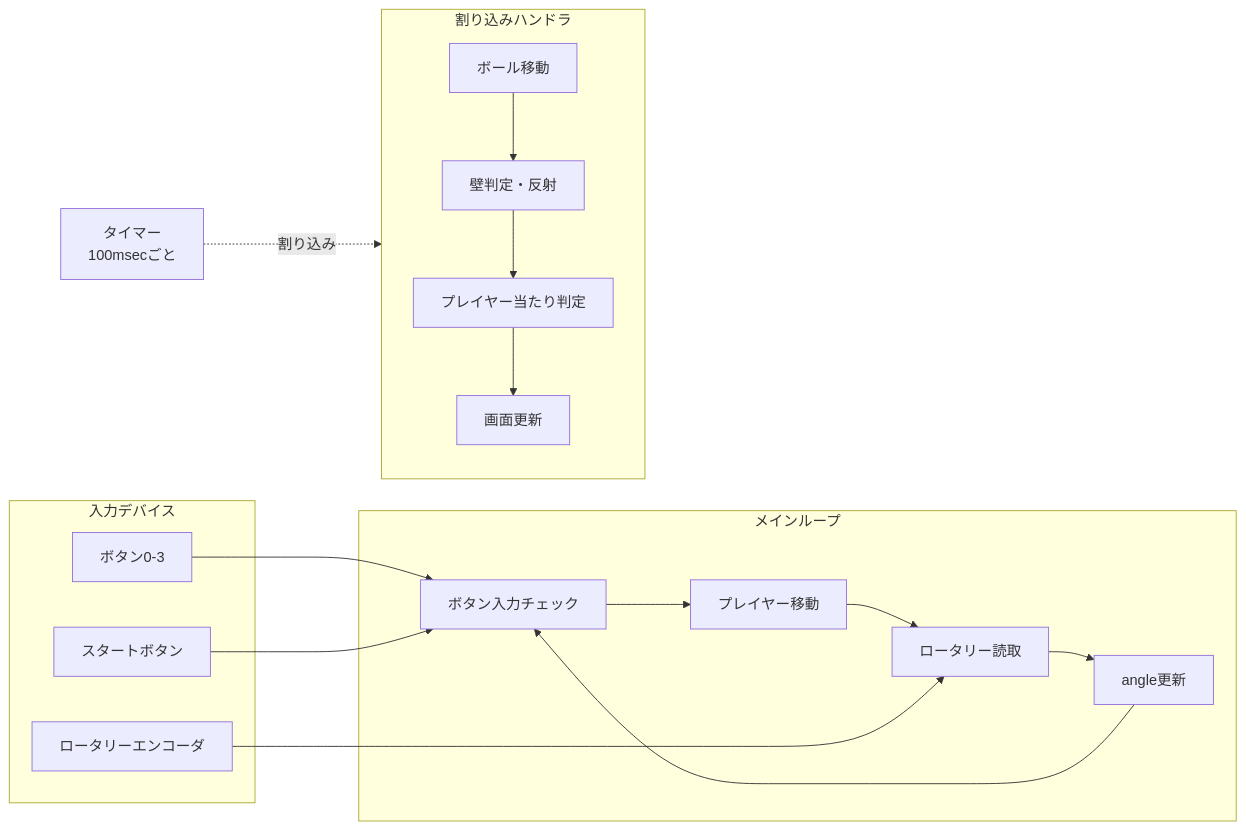
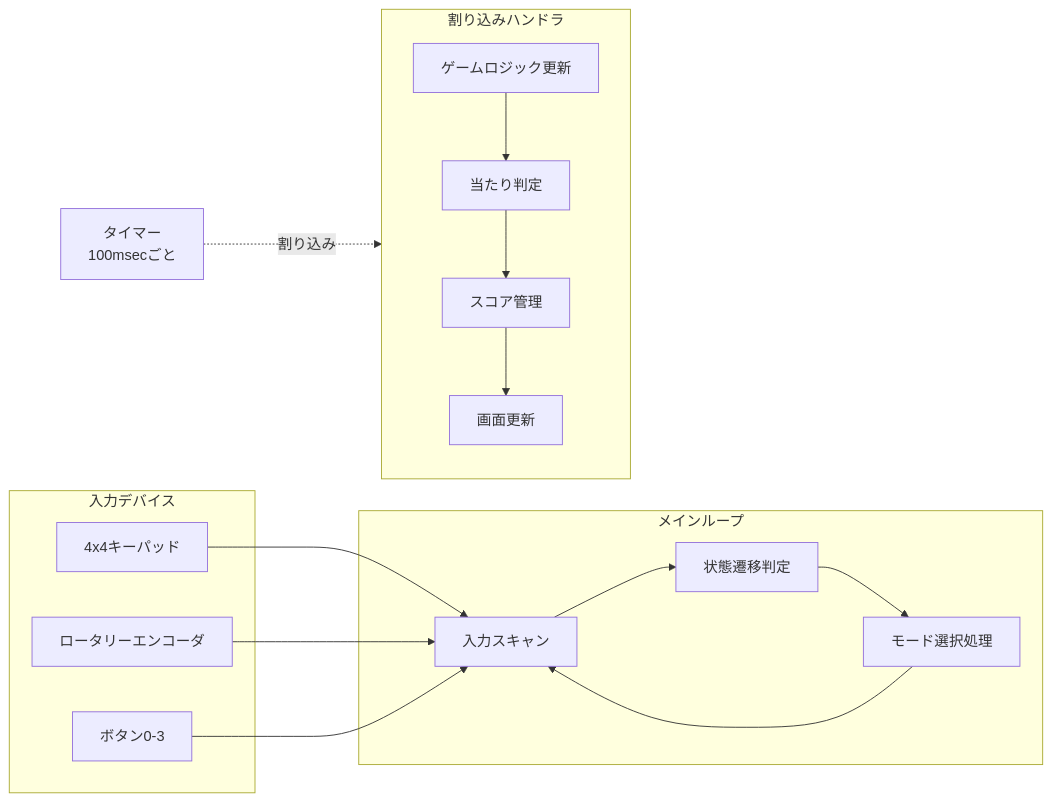
Before and after one commit to Kenyan822/MP: the fifth of 5 diagrams in docs/仕様書.md, drawn with Mermaid. The commit also changed other lines of this file and 4 other files, not shown here.

````diff
--- a/docs/仕様書.md
+++ b/docs/仕様書.md
@@ -511,26 +504,25 @@
 ```mermaid
 flowchart LR
     subgraph 入力デバイス
+        KYPD[4x4キーパッド]
+        ROT[ロータリーエンコーダ]
         BTN[ボタン0-3]
-        ROT[ロータリーエンコーダ]
-        START[スタートボタン]
     end
-    
+
     subgraph メインループ
-        M1[ボタン入力チェック] --> M2[プレイヤー移動]
-        M2 --> M3[ロータリー読取]
-        M3 --> M4[angle更新]
-        M4 --> M1
+        M1[入力スキャン] --> M2[状態遷移判定]
+        M2 --> M3[モード選択処理]
+        M3 --> M1
     end
-    
+
     subgraph 割り込みハンドラ
-        I1[ボール移動] --> I2[壁判定・反射]
-        I2 --> I3[プレイヤー当たり判定]
+        I1[ゲームロジック更新] --> I2[当たり判定]
+        I2 --> I3[スコア管理]
         I3 --> I4[画面更新]
     end
-    
+
+    KYPD --> M1
+    ROT --> M1
     BTN --> M1
-    ROT --> M3
-    START --> M1
     T[タイマー<br>100msecごと] -.->|割り込み| 割り込みハンドラ
 ```
````
